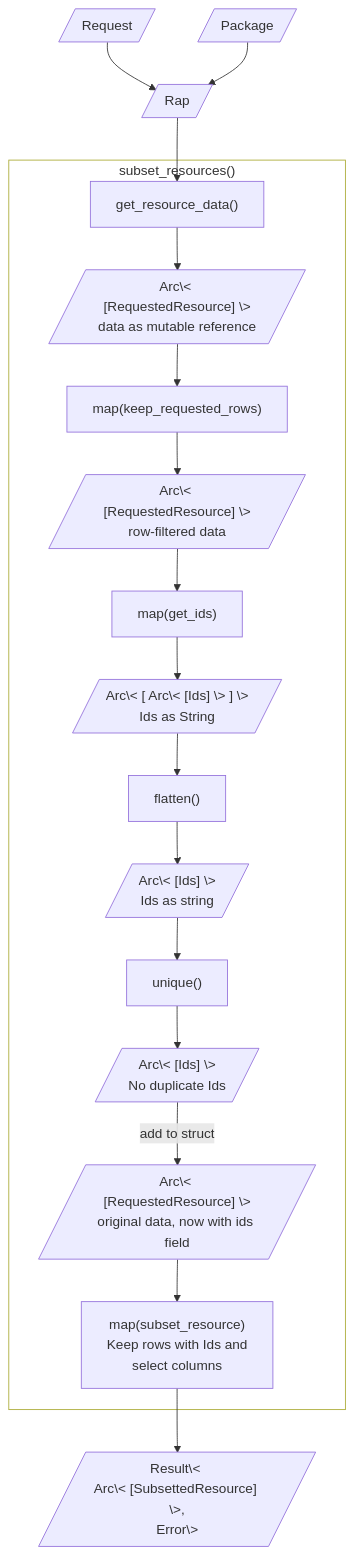
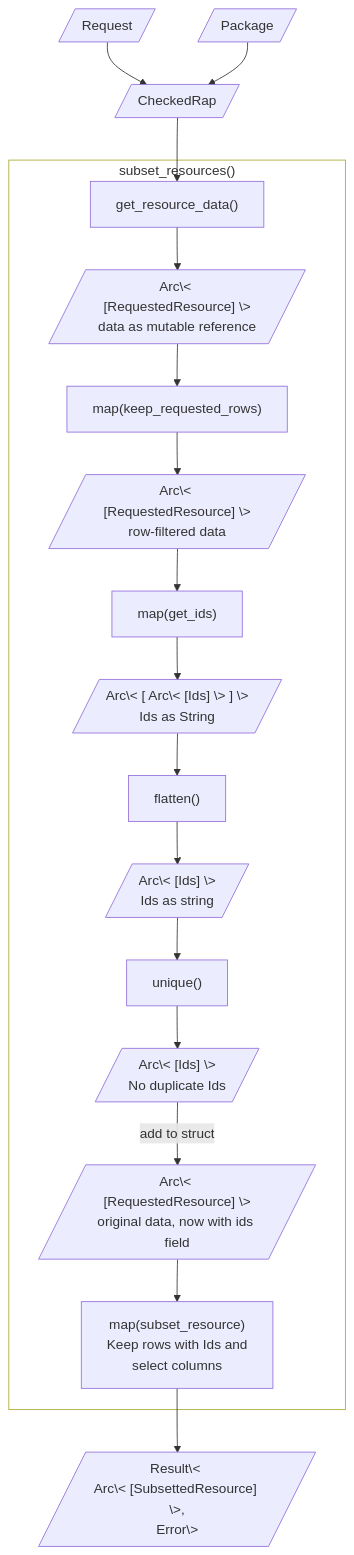
One commit to seedcase-project/seedcase-propagate changed the second of 2 diagrams in docs/design/interface/rust.qmd. Above: the diagram before and after it, drawn with Mermaid. The commit also changed other lines of this file and 2 other files, not shown here.

Commit message:
docs: 🏗️ add `CheckedRap` struct

````diff
--- a/docs/design/interface/rust.qmd
+++ b/docs/design/interface/rust.qmd
@@ -137,49 +138,49 @@
 ```{mermaid}
 %%| label: fig-subset-flow
 %%| fig-cap: "The flow of input and output through the `subset_resources()` function."
 %%| fig-alt: >-
 %%|   Diagram showing the flow of input and output through the
 %%|   `subset_resources()` function. There are several steps involved, which are
 %%|   textually described in the list above the diagram.
 
 flowchart TD
     Request[/"Request"/]
     Package[/"Package"/]
-    Rap[/"Rap"/]
+    CheckedRap[/"CheckedRap"/]
     output[/"Result\< <br>Arc\< [SubsettedResource] \>,<br>Error\>"/]
 
-    Request & Package --> Rap
-    Rap --> get_resource_data
+    Request & Package --> CheckedRap
+    CheckedRap --> get_resource_data
 
     subgraph subset_resources ["subset_resources()"]
       get_resource_data["get_resource_data()"]
       RequestedResource1[/"Arc\< [RequestedResource] \><br>data as mutable reference"/]
       map_keep_requested_rows["map(keep_requested_rows)"]
       RequestedResource2[/"Arc\< [RequestedResource] \><br>row-filtered data"/]
       map_get_ids["map(get_ids)"]
       AAIds[/"Arc\< [ Arc\< [Ids] \> ] \><br>Ids as String"/]
       flatten["flatten()"]
       ArcIds[/"Arc\< [Ids] \><br>Ids as string"/]
       unique["unique()"]
       UniqueIds[/"Arc\< [Ids] \><br>No duplicate Ids"/]
       RequestedResource3[/"Arc\< [RequestedResource] \><br>original data, now with ids field"/]
       map_subset_resource["map(subset_resource)<br>Keep rows with Ids and<br>select columns"]
 
       get_resource_data -->
         RequestedResource1 -->
         map_keep_requested_rows -->
         RequestedResource2 -->
         map_get_ids -->
         AAIds -->
         flatten -->
         ArcIds -->
         unique -->
         UniqueIds -->|add to struct| RequestedResource3 -->
         map_subset_resource
     end
 
     map_subset_resource --> output
 
     subset_resources:::outer_function
     classDef outer_function fill:none
 ```
````
